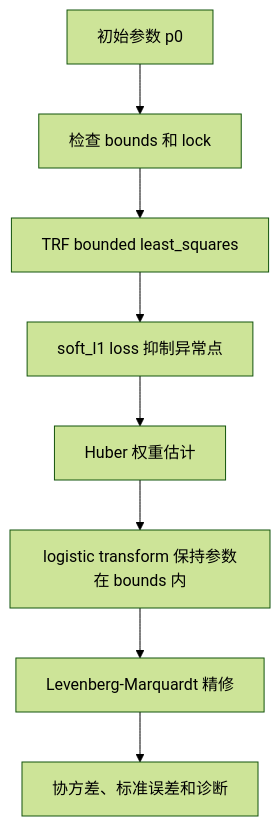
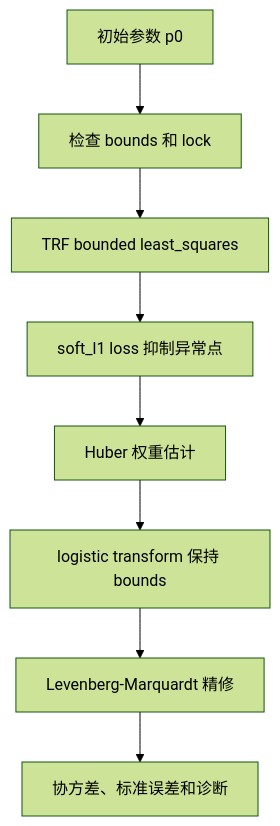
The fourth of 4 diagrams in docs/PHYSICS_AND_FITTING.md (joeyijun/2D-Material-Reflectiance-Fitting), drawn with Mermaid (forest theme) before and after one commit. The commit also changed other lines of this file, not shown here.

````diff
--- a/docs/PHYSICS_AND_FITTING.md
+++ b/docs/PHYSICS_AND_FITTING.md
@@ -387,10 +387,10 @@
 ```mermaid
 flowchart TD
-    A[初始参数 p0] --> B[检查 bounds 和 lock]
-    B --> C[TRF bounded least_squares]
-    C --> D[soft_l1 loss 抑制异常点]
-    D --> E[Huber 权重估计]
-    E --> F[logistic transform 保持参数在 bounds 内]
-    F --> G[Levenberg-Marquardt 精修]
-    G --> H[协方差、标准误差和诊断]
+    A["初始参数 p0"] --> B["检查 bounds 和 lock"]
+    B --> C["TRF bounded least_squares"]
+    C --> D["soft_l1 loss 抑制异常点"]
+    D --> E["Huber 权重估计"]
+    E --> F["logistic transform 保持 bounds"]
+    F --> G["Levenberg-Marquardt 精修"]
+    G --> H["协方差、标准误差和诊断"]
 ```
````
